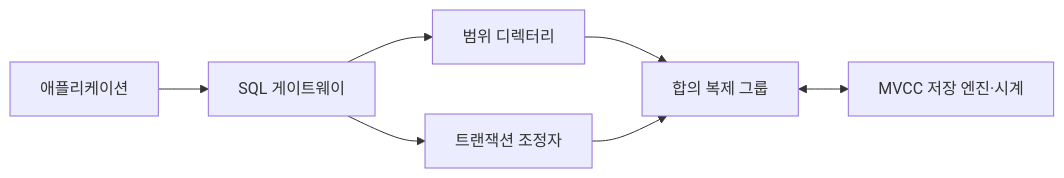
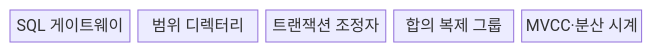
Before and after one commit to agnusdei1207/knowledge-base: the first of 2 diagrams in src/content/docs/notes/03-software/115_newsql.md, drawn with Mermaid. The commit also changed other lines of this file and 20 other files, not shown here.

````diff
--- a/src/content/docs/notes/03-software/115_newsql.md
+++ b/src/content/docs/notes/03-software/115_newsql.md
@@ -64,9 +61,9 @@
 ```mermaid
-flowchart LR
-    A[애플리케이션] --> G[SQL 게이트웨이]
-    G --> D[범위 디렉터리]
-    G --> C[트랜잭션 조정자]
-    D --> R[합의 복제 그룹]
-    C --> R
-    R <--> M[MVCC 저장 엔진·시계]
+block
+  columns 5
+  G["SQL 게이트웨이"]
+  D["범위 디렉터리"]
+  C["트랜잭션 조정자"]
+  R["합의 복제 그룹"]
+  M["MVCC·분산 시계"]
 ```
````
